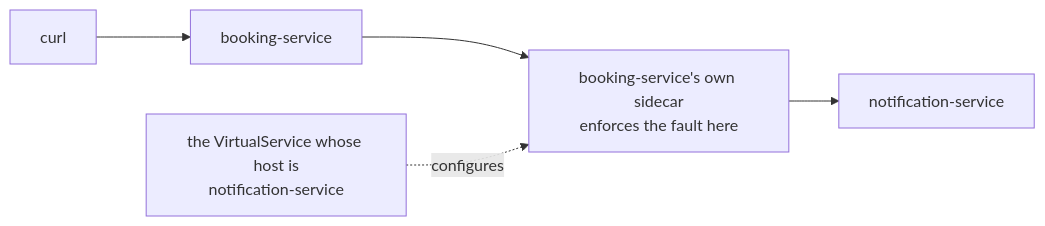
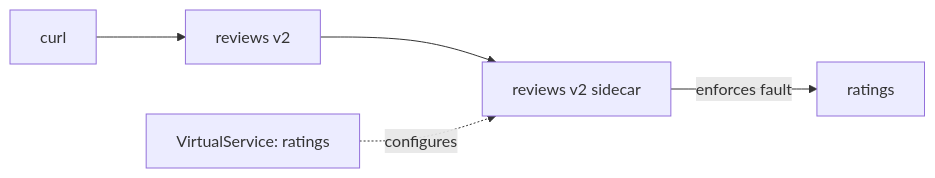
Before and after one commit to astrona-io/ATS014: the diagram in sections/section-050/module-01/course-01-fault-delay.md, drawn with Mermaid. The commit also changed other lines of this file and 444 other files, not shown here.

````diff
--- a/sections/section-050/module-01/course-01-fault-delay.md
+++ b/sections/section-050/module-01/course-01-fault-delay.md
@@ -51,7 +71,7 @@
 ```mermaid
 flowchart LR
-    C["curl"] --> B["booking-service"]
-    B --> P["booking-service's own sidecar<br/>enforces the fault here"]
-    P --> N["notification-service"]
-    V["the VirtualService whose host is<br/>notification-service"] -.->|"configures"| P
+    C["curl"] --> R["reviews v2"]
+    R --> P["reviews v2 sidecar"]
+    P -->|"enforces fault"| T["ratings"]
+    V["VirtualService: ratings"] -.->|"configures"| P
 ```
````
